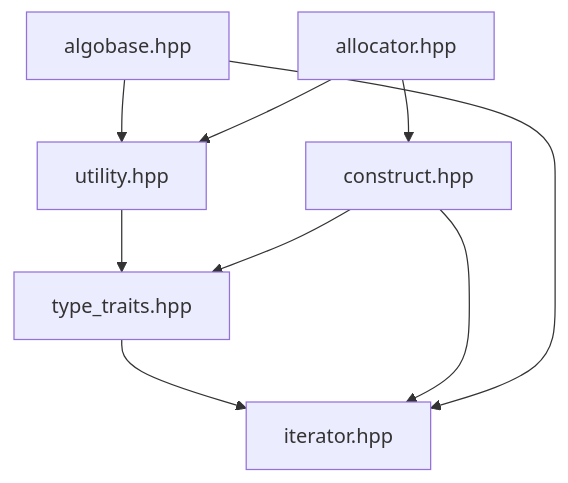
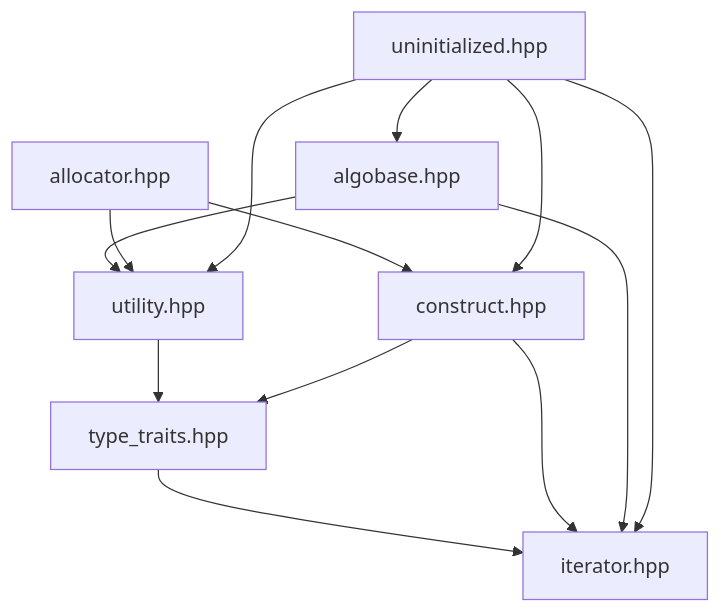
One commit to LiuYuan-SHU/tiny_stl changed the first of 10 diagrams in README.md. Above: the diagram before and after it, drawn with Mermaid. The commit also changed other lines of this file, not shown here.

Commit message:
README.md: update for uninitialized.hpp

````diff
--- a/README.md
+++ b/README.md
@@ -9,16 +9,18 @@
 ```mermaid
 flowchart TD
 
 iterator[iterator.hpp]
 type_traits[type_traits.hpp]
 utility[utility.hpp]
 construct[construct.hpp]
 algobase[algobase.hpp]
 allocator[allocator.hpp]
+uninitialized[uninitialized.hpp]
 
 type_traits --> iterator
 utility --> type_traits
 construct --> iterator & type_traits
 algobase --> utility & iterator
 allocator --> construct & utility
+uninitialized --> algobase & construct & iterator & utility
 ```
````
